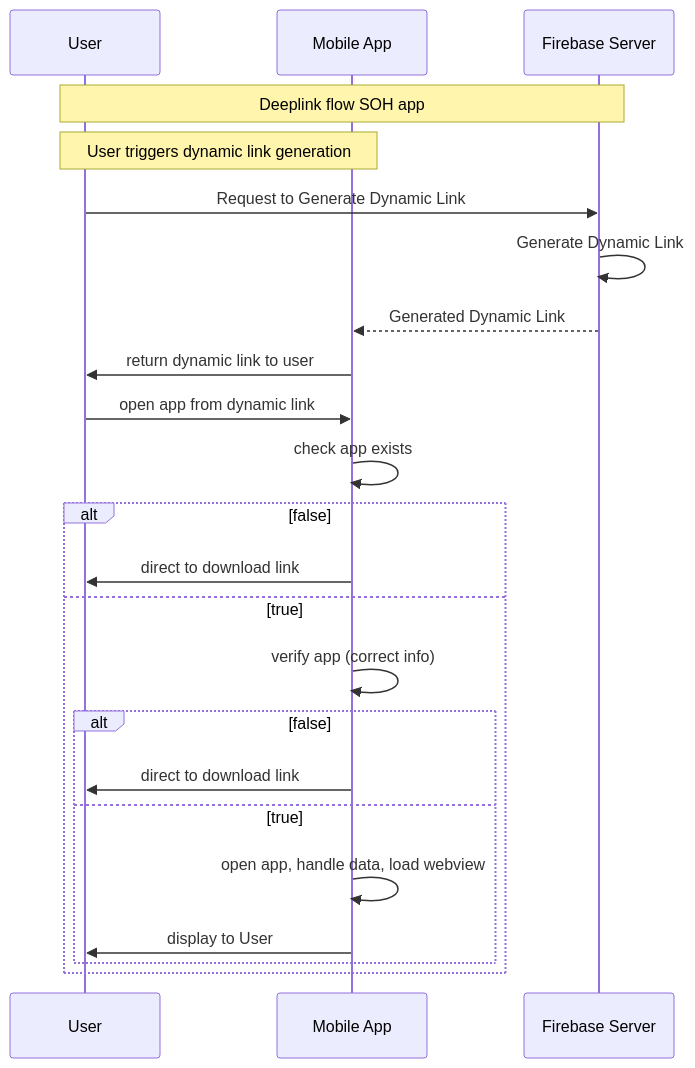
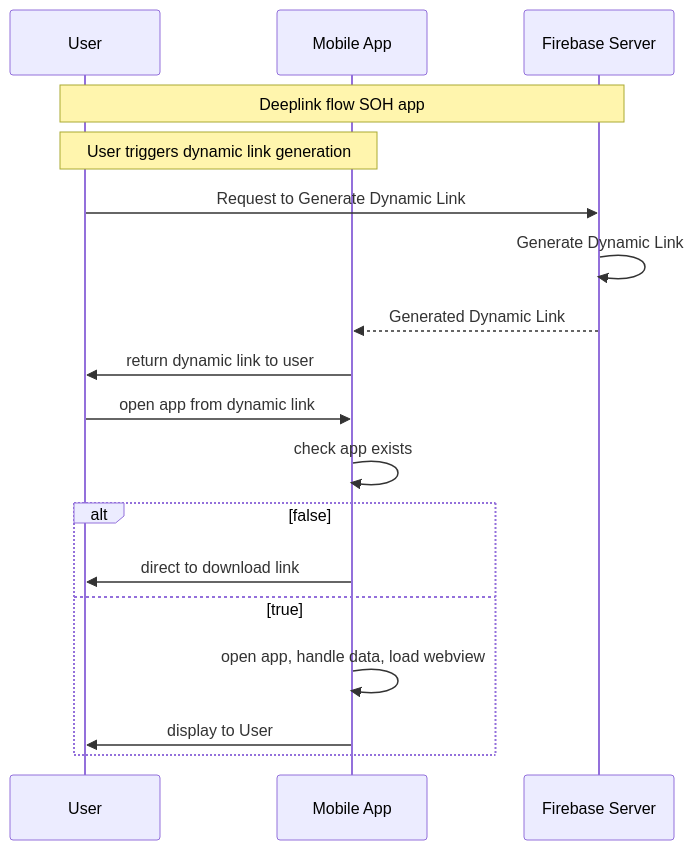
Before and after one commit to tunglampd/cicd_test: the diagram in deeplink.md, drawn with Mermaid.

````diff
--- a/deeplink.md
+++ b/deeplink.md
@@ -2,31 +2,26 @@
 ```mermaid
 sequenceDiagram
     participant User as User
     participant MobileApp as Mobile App
     participant FirebaseServer as Firebase Server
 
     Note over User, FirebaseServer: Deeplink flow SOH app
     Note over User, MobileApp: User triggers dynamic link generation
 
     User->>FirebaseServer: Request to Generate Dynamic Link
     FirebaseServer->>FirebaseServer: Generate Dynamic Link
     FirebaseServer-->>MobileApp: Generated Dynamic Link
     MobileApp->>User: return dynamic link to user
 
     User->>MobileApp: open app from dynamic link
 
     MobileApp->>MobileApp: check app exists
     alt false 
     MobileApp->>User: direct to download link
     else true
-    MobileApp->>MobileApp: verify app (correct info)
-    alt false
-    MobileApp->>User: direct to download link
-    else true
     MobileApp->>MobileApp: open app, handle data, load webview
     MobileApp->>User: display to User
-    end
     end
 
 
 ```
````
